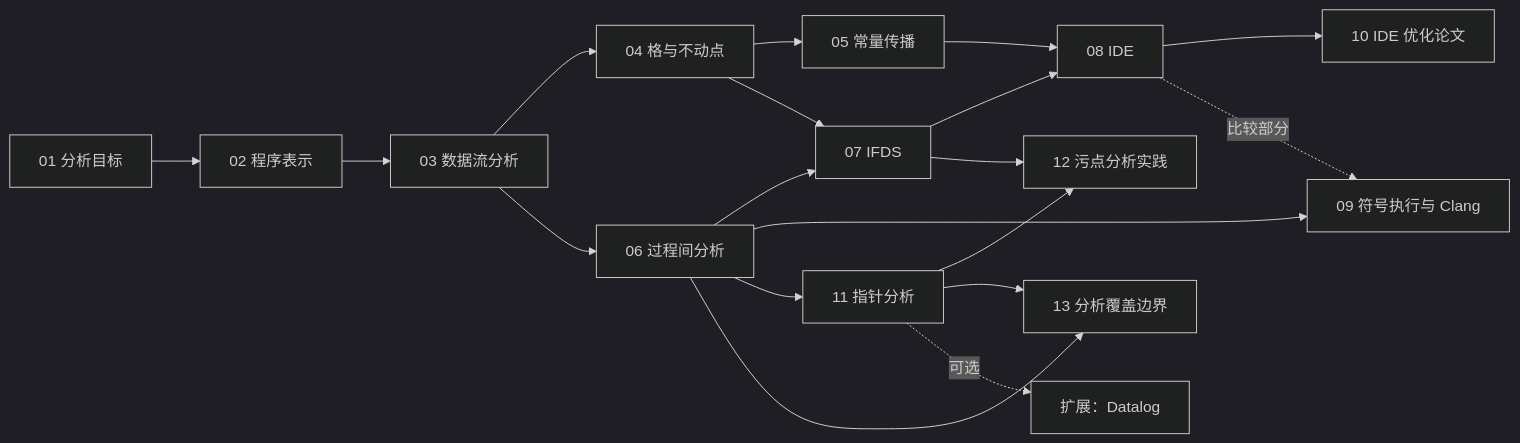
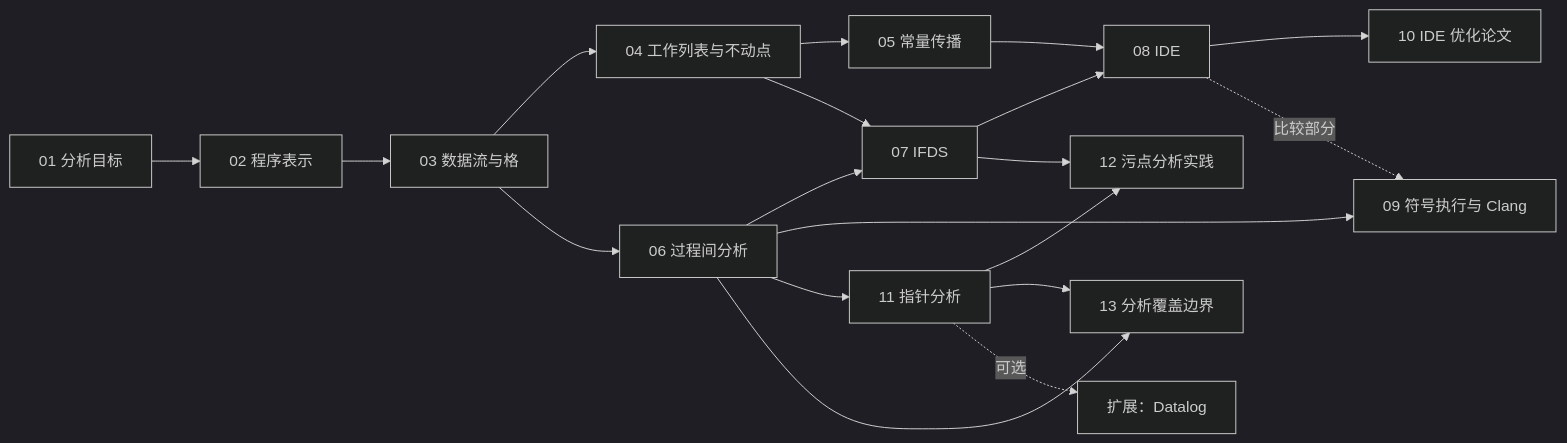
The second of 2 diagrams in notes/static-analysis/静态分析系列规划.md (Scrates1/Scrates1.github.io), drawn with Mermaid (dark theme) before and after one commit. The commit also changed other lines of this file and 19 other files, not shown here.

First line of the commit message:
静态分析系列：03/04 重组为「数据流分析与格」「工作列表与不动点」，同步总览、术语表与依赖图

````diff
--- a/notes/static-analysis/静态分析系列规划.md
+++ b/notes/static-analysis/静态分析系列规划.md
@@ -38,21 +40,21 @@
 ```mermaid
 flowchart LR
   A[01 分析目标] --> B[02 程序表示]
-  B --> C[03 数据流分析]
-  C --> D[04 格与不动点]
+  B --> C[03 数据流与格]
+  C --> D[04 工作列表与不动点]
   D --> CP[05 常量传播]
   C --> E[06 过程间分析]
   D --> F[07 IFDS]
   E --> F[07 IFDS]
   F --> G[08 IDE]
   CP --> G
   G --> H[10 IDE 优化论文]
   E --> I[09 符号执行与 Clang]
   G -.比较部分.-> I
   E --> J[11 指针分析]
   F --> L[12 污点分析实践]
   J --> L
   E --> M[13 分析覆盖边界]
   J --> M
   J -.可选.-> K[扩展：Datalog]
 ```
````
